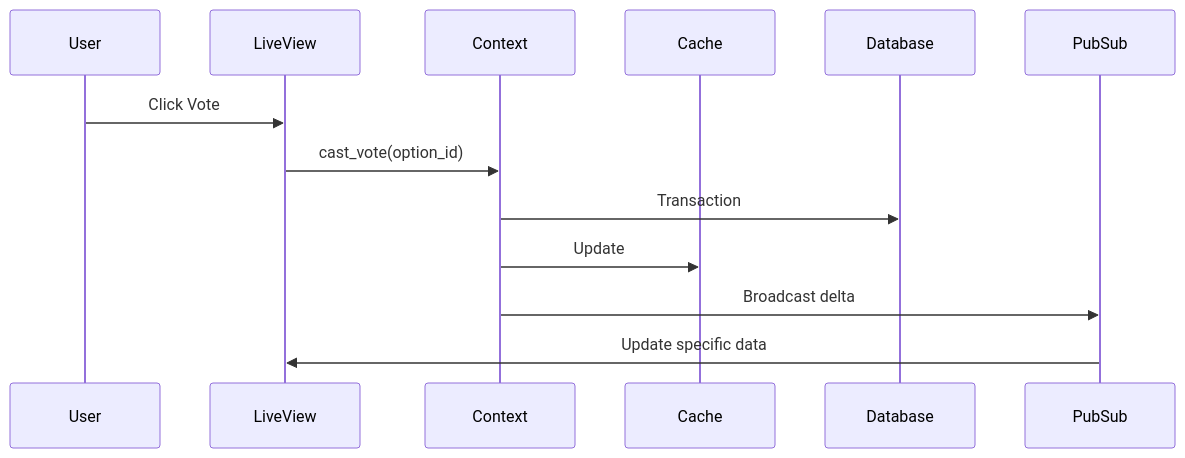
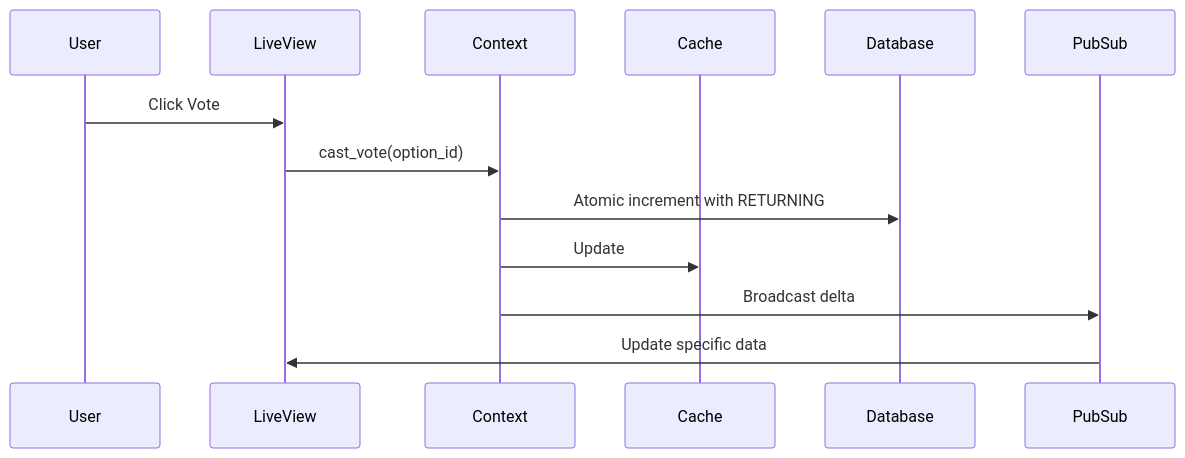
Before and after one commit to davidteren/live_poll-phoenix_app: the third of 5 diagrams in docs/reviews/20251025/collated/architecture.md, drawn with Mermaid. The commit also changed other lines of this file and 7 other files, not shown here.

````diff
--- a/docs/reviews/20251025/collated/architecture.md
+++ b/docs/reviews/20251025/collated/architecture.md
@@ -89,16 +90,16 @@
 ```mermaid
 sequenceDiagram
     participant U as User
     participant LV as LiveView
     participant C as Context
     participant Cache as Cache
     participant DB as Database
     participant PS as PubSub
     
     U->>LV: Click Vote
     LV->>C: cast_vote(option_id)
-    C->>DB: Transaction
+    C->>DB: Atomic increment with RETURNING
     C->>Cache: Update
     C->>PS: Broadcast delta
     PS->>LV: Update specific data
 ```
````
